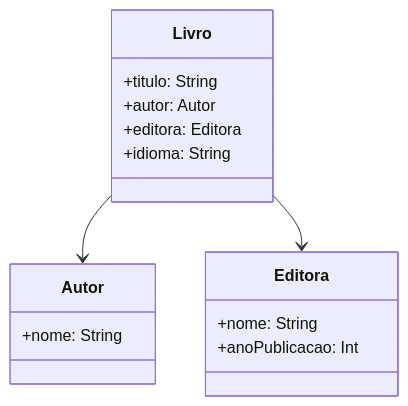
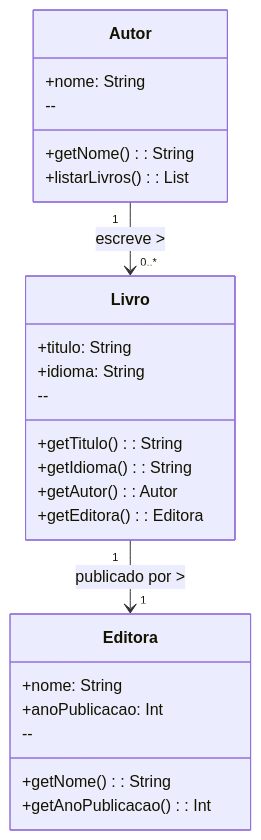
Before and after one commit to Drica2023/Projeto_acervo.me: the diagram in README.md, drawn with Mermaid.

Commit message:
corrigindo o diagrama - README.md

````diff
--- a/README.md
+++ b/README.md
@@ -7,21 +7,31 @@
 ```mermaid
 classDiagram
-  class Livro {
-    +titulo: String
-    +autor: Autor
-    +editora: Editora
-    +idioma: String
-  }
+    class Livro {
+        +titulo: String
+        +idioma: String
+        --
+        +getTitulo(): String
+        +getIdioma(): String
+        +getAutor(): Autor
+        +getEditora(): Editora
+    }
 
-  class Autor {
-    +nome: String
-  }
+    class Autor {
+        +nome: String
+        --
+        +getNome(): String
+        +listarLivros(): List<Livro>
+    }
 
-  class Editora {
-    +nome: String
-    +anoPublicacao: Int
-  }
+    class Editora {
+        +nome: String
+        +anoPublicacao: Int
+        --
+        +getNome(): String
+        +getAnoPublicacao(): Int
+    }
 
-  Livro --> Autor
-  Livro --> Editora
+    %% Multiplicidades e relacionamentos
+    Autor "1" --> "0..*" Livro : escreve >
+    Livro "1" --> "1" Editora : publicado por >
 ```
````
